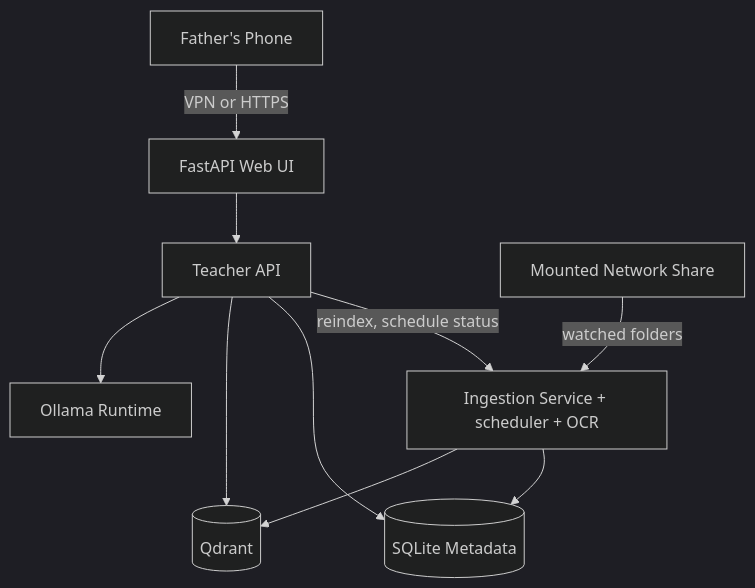
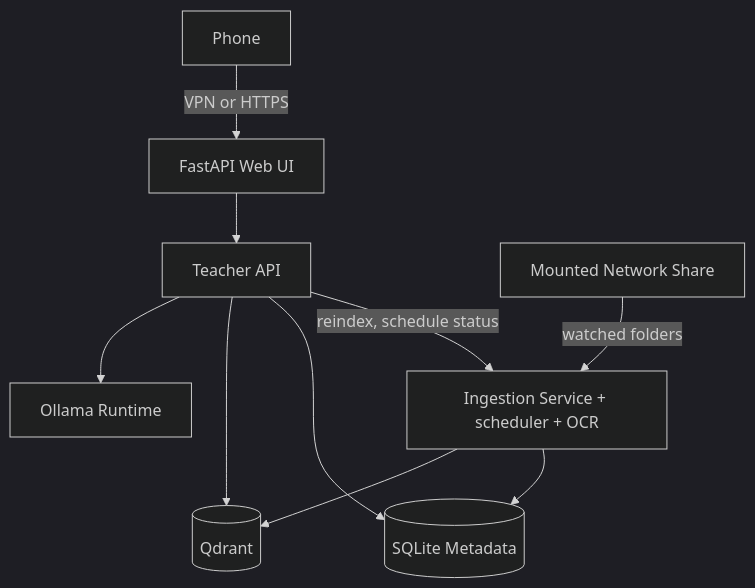
The diagram in README.md (ninemate/ai-teacher), drawn with Mermaid (dark theme) before and after one commit. The commit also changed other lines of this file and 10 other files, not shown here.

````diff
--- a/README.md
+++ b/README.md
@@ -103,12 +103,12 @@
 ```mermaid
 flowchart TD
-  Phone[Father's Phone] -->|VPN or HTTPS| UI[FastAPI Web UI]
+  Phone[Phone] -->|VPN or HTTPS| UI[FastAPI Web UI]
   UI --> API[Teacher API]
   API --> OLLAMA[Ollama Runtime]
   API --> QDRANT[(Qdrant)]
   API --> SQLITE[(SQLite Metadata)]
   API -->|reindex, schedule status| INGEST
   Share[Mounted Network Share] -->|watched folders| INGEST[Ingestion Service + scheduler + OCR]
   INGEST --> QDRANT
   INGEST --> SQLITE
 ```
````
